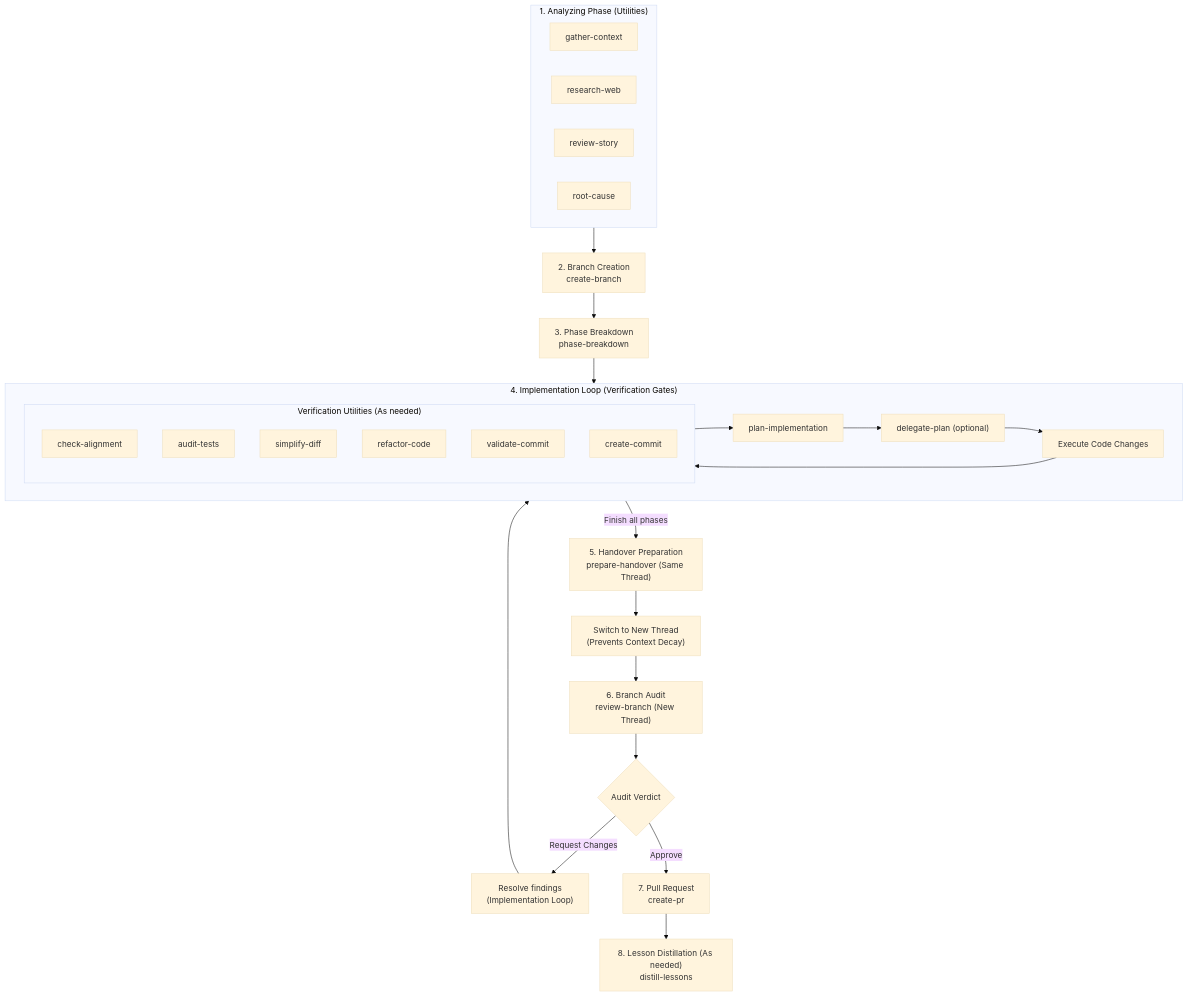
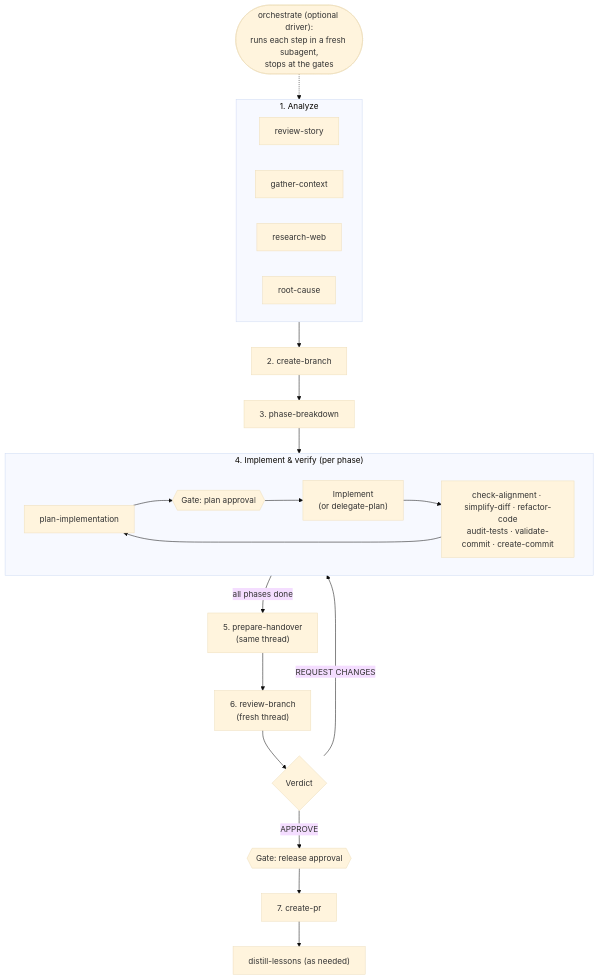
The diagram in LIFECYCLE.md (jrobertogarcia/agent-workflows), drawn with Mermaid (base theme) before and after one commit. The commit also changed other lines of this file and 1 other file, not shown here.

````diff
--- a/LIFECYCLE.md
+++ b/LIFECYCLE.md
@@ -13,61 +9,35 @@
 ```mermaid
 graph TD
-    %% Analyzing Phase
-    subgraph Analyzing ["1. Analyzing Phase (Utilities)"]
+    OR(["orchestrate (optional driver):<br>runs each step in a fresh subagent,<br>stops at the gates"])
+
+    subgraph Analyzing ["1. Analyze"]
+        RS["review-story"]
         GC["gather-context"]
         RW["research-web"]
-        RS["review-story"]
         RC["root-cause"]
     end
 
-    %% Branch & Plan Phase
-    CB["2. Branch Creation<br>create-branch"]
-    PB["3. Phase Breakdown<br>phase-breakdown"]
-    
-    subgraph Loop ["4. Implementation Loop (Verification Gates)"]
+    CB["2. create-branch"]
+    PB["3. phase-breakdown"]
+
+    subgraph Loop ["4. Implement & verify (per phase)"]
         PI["plan-implementation"]
-        DP["delegate-plan (optional)"]
-        Code["Execute Code Changes"]
-        
-        %% Loop Utilities
-        subgraph Utilities ["Verification Utilities (As needed)"]
-            CA["check-alignment"]
-            AT["audit-tests"]
-            SD["simplify-diff"]
-            RF["refactor-code"]
-            VC["validate-commit"]
-            CM["create-commit"]
-        end
-        
-        PI --> DP
-        DP --> Code
-        Code --> Utilities
-        Utilities --> PI
+        G1{{"Gate: plan approval"}}
+        Code["Implement<br>(or delegate-plan)"]
+        V["check-alignment · simplify-diff · refactor-code<br>audit-tests · validate-commit · create-commit"]
+        PI --> G1 --> Code --> V --> PI
     end
 
-    %% Handover & Review Phase
-    PH["5. Handover Preparation<br>prepare-handover (Same Thread)"]
-    Switch["Switch to New Thread<br>(Prevents Context Decay)"]
-    RB["6. Branch Audit<br>review-branch (New Thread)"]
-    
-    %% Branch Review Outcome
-    Decide{"Audit Verdict"}
-    Fix["Resolve findings<br>(Implementation Loop)"]
-    
-    %% PR Release Phase
-    CPR["7. Pull Request<br>create-pr"]
-    DL["8. Lesson Distillation (As needed)<br>distill-lessons"]
+    PH["5. prepare-handover<br>(same thread)"]
+    RB["6. review-branch<br>(fresh thread)"]
+    Decide{"Verdict"}
+    G2{{"Gate: release approval"}}
+    CPR["7. create-pr"]
+    DL["distill-lessons (as needed)"]
 
-    %% Flow connections
-    Analyzing --> CB
-    CB --> PB
-    PB --> Loop
-    Loop -->|Finish all phases| PH
-    PH --> Switch
-    Switch --> RB
-    RB --> Decide
-    Decide -->|Request Changes| Fix
-    Decide -->|Approve| CPR
-    Fix --> Loop
-    CPR --> DL
+    Analyzing --> CB --> PB --> Loop
+    Loop -->|all phases done| PH --> RB --> Decide
+    Decide -->|REQUEST CHANGES| Loop
+    Decide -->|APPROVE| G2 --> CPR --> DL
+    OR -.-> Analyzing
 ```
````
